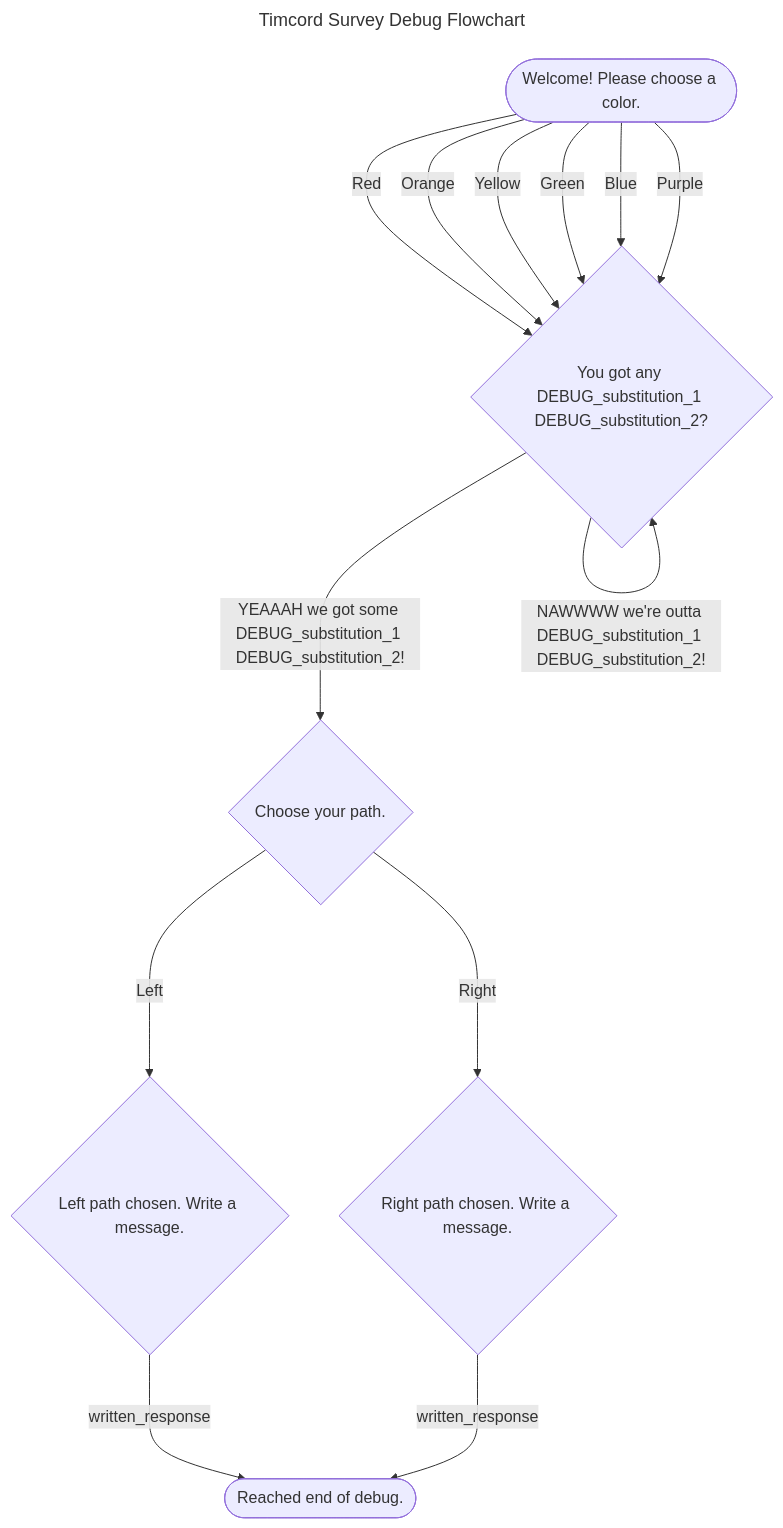
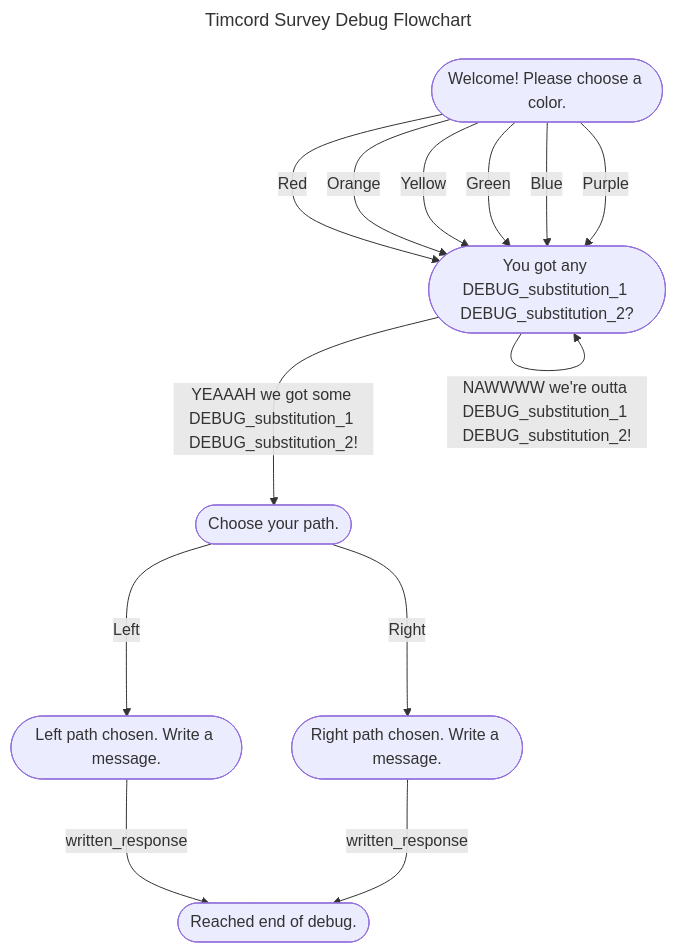
One commit to ObjectsCountries/Timcord-Survey changed the second of 2 diagrams in README.md. Above: the diagram before and after it, drawn with Mermaid. The commit also changed other lines of this file, not shown here.

Commit message:
ACTION: Update flowcharts

````diff
--- a/README.md
+++ b/README.md
@@ -28,24 +28,24 @@
 ```mermaid
 ---
 title: Timcord Survey Debug Flowchart
 ---
 graph 
 debug_begin_intro(["Welcome! Please choose a color."])
-debug_substitution{"You got any DEBUG_substitution_1 DEBUG_substitution_2?"}
-debug_branch{"Choose your path."}
-debug_path_left{"Left path chosen. Write a message."}
-debug_path_right{"Right path chosen. Write a message."}
+debug_substitution(["You got any DEBUG_substitution_1 DEBUG_substitution_2?"])
+debug_branch(["Choose your path."])
+debug_path_left(["Left path chosen. Write a message."])
+debug_path_right(["Right path chosen. Write a message."])
 debug_finish(["Reached end of debug."])
 debug_begin_intro --->|Red| debug_substitution
 debug_begin_intro --->|Orange| debug_substitution
 debug_begin_intro --->|Yellow| debug_substitution
 debug_begin_intro --->|Green| debug_substitution
 debug_begin_intro --->|Blue| debug_substitution
 debug_begin_intro --->|Purple| debug_substitution
 debug_substitution --->|YEAAAH we got some DEBUG_substitution_1 DEBUG_substitution_2!| debug_branch
 debug_substitution --->|NAWWWW we're outta DEBUG_substitution_1 DEBUG_substitution_2!| debug_substitution
 debug_branch --->|Left| debug_path_left
 debug_branch --->|Right| debug_path_right
 debug_path_left --->|written_response| debug_finish
 debug_path_right --->|written_response| debug_finish
 ```
````
